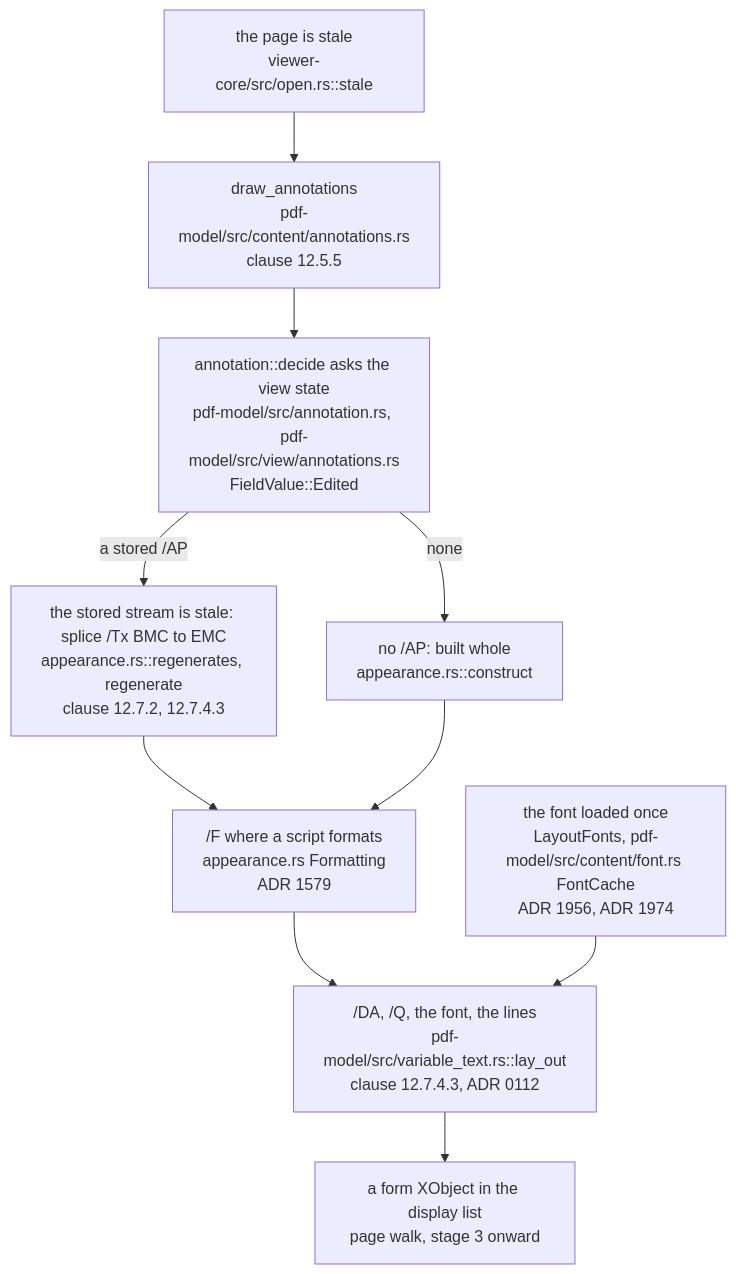
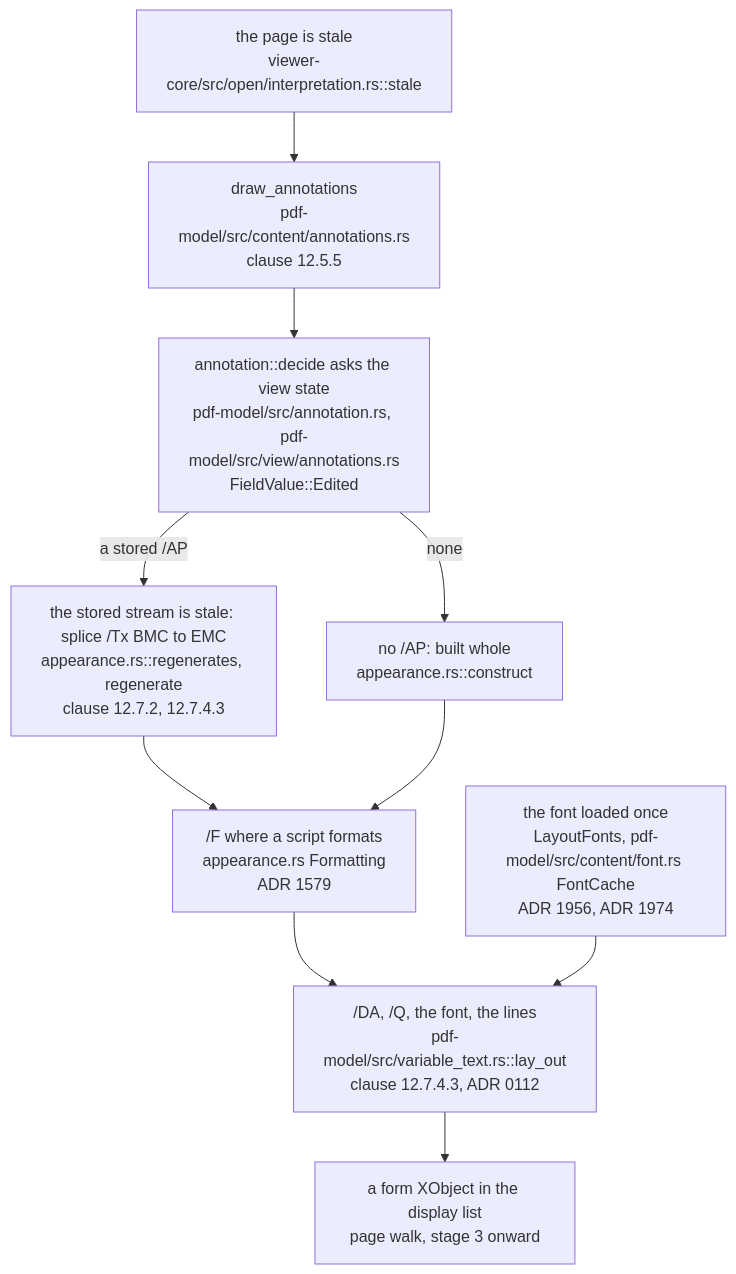
One commit to close2/pdf-viewer changed the sixth of 7 diagrams in doc/teaching/how-a-form-field-is-filled.md. Above: the diagram before and after it, drawn with Mermaid. The commit also changed other lines of this file and 129 other files, not shown here.

````diff
--- a/doc/teaching/how-a-form-field-is-filled.md
+++ b/doc/teaching/how-a-form-field-is-filled.md
@@ -417,22 +417,22 @@
 ```mermaid
 flowchart TD
-    STALE["the page is stale<br/>viewer-core/src/open.rs::stale"]
+    STALE["the page is stale<br/>viewer-core/src/open/interpretation.rs::stale"]
     ANN["draw_annotations<br/>pdf-model/src/content/annotations.rs<br/>clause 12.5.5"]
     DEC["annotation::decide asks the view state<br/>pdf-model/src/annotation.rs, pdf-model/src/view/annotations.rs<br/>FieldValue::Edited"]
     REGEN["the stored stream is stale: splice /Tx BMC to EMC<br/>appearance.rs::regenerates, regenerate<br/>clause 12.7.2, 12.7.4.3"]
     BUILD["no /AP: built whole<br/>appearance.rs::construct"]
     FMT["/F where a script formats<br/>appearance.rs Formatting<br/>ADR 1579"]
     LAY["/DA, /Q, the font, the lines<br/>pdf-model/src/variable_text.rs::lay_out<br/>clause 12.7.4.3, ADR 0112"]
     FONT["the font loaded once<br/>LayoutFonts, pdf-model/src/content/font.rs FontCache<br/>ADR 1956, ADR 1974"]
     XOBJ["a form XObject in the display list<br/>page walk, stage 3 onward"]
 
     STALE --> ANN
     ANN --> DEC
     DEC -->|"a stored /AP"| REGEN
     DEC -->|"none"| BUILD
     REGEN --> FMT
     BUILD --> FMT
     FMT --> LAY
     FONT --> LAY
     LAY --> XOBJ
 ```
````
